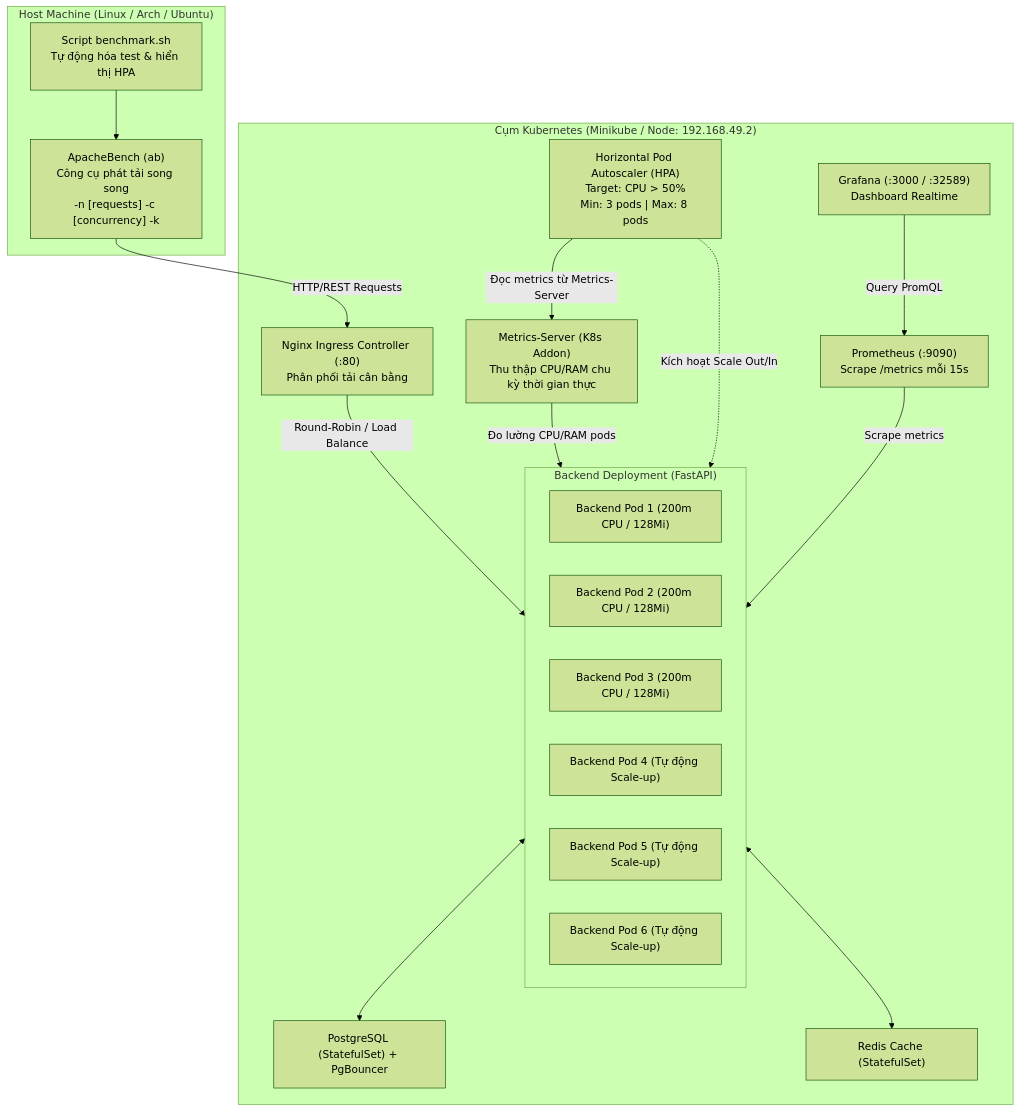
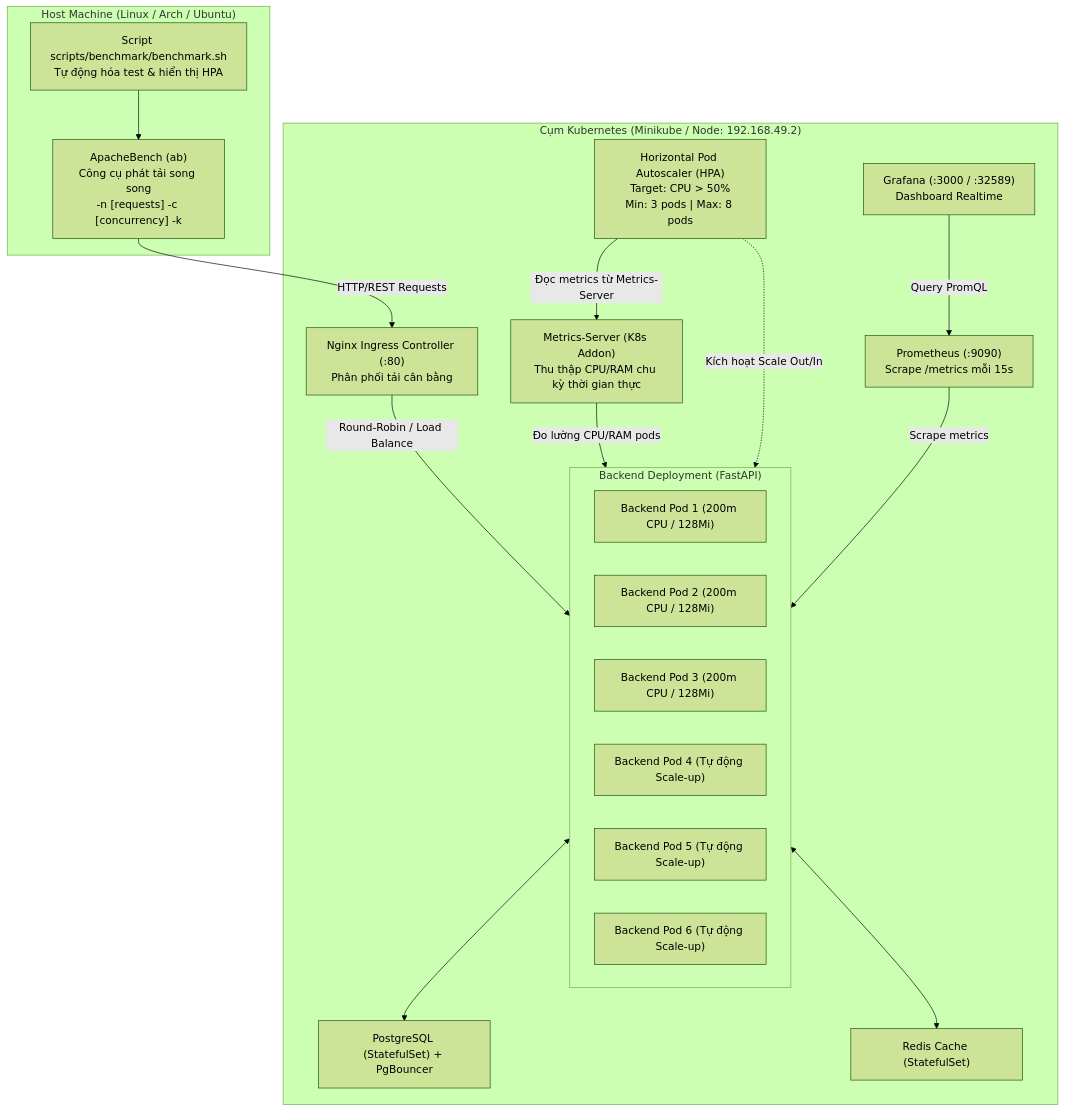
Before and after one commit to Johnyyd/ecommerce: the diagram in BENCHMARK.md, drawn with Mermaid (forest theme). The commit also changed other lines of this file and 22 other files, not shown here.

````diff
--- a/BENCHMARK.md
+++ b/BENCHMARK.md
@@ -9,38 +9,38 @@
 ```mermaid
 flowchart TD
     subgraph Host["Host Machine (Linux / Arch / Ubuntu)"]
         AB["ApacheBench (ab)\nCông cụ phát tải song song\n-n [requests] -c [concurrency] -k"]
-        Script["Script benchmark.sh\nTự động hóa test & hiển thị HPA"]
+        Script["Script scripts/benchmark/benchmark.sh\nTự động hóa test & hiển thị HPA"]
     end
 
     subgraph K8s["Cụm Kubernetes (Minikube / Node: 192.168.49.2)"]
         Ingress["Nginx Ingress Controller (:80)\nPhân phối tải cân bằng"]
         MS["Metrics-Server (K8s Addon)\nThu thập CPU/RAM chu kỳ thời gian thực"]
         HPA["Horizontal Pod Autoscaler (HPA)\nTarget: CPU > 50%\nMin: 3 pods | Max: 8 pods"]
 
         subgraph BackendPool["Backend Deployment (FastAPI)"]
             P1["Backend Pod 1 (200m CPU / 128Mi)"]
             P2["Backend Pod 2 (200m CPU / 128Mi)"]
             P3["Backend Pod 3 (200m CPU / 128Mi)"]
             P4["Backend Pod 4 (Tự động Scale-up)"]
             P5["Backend Pod 5 (Tự động Scale-up)"]
             P6["Backend Pod 6 (Tự động Scale-up)"]
         end
 
         DB["PostgreSQL (StatefulSet) + PgBouncer"]
         Cache["Redis Cache (StatefulSet)"]
         Prom["Prometheus (:9090)\nScrape /metrics mỗi 15s"]
         Graf["Grafana (:3000 / :32589)\nDashboard Realtime"]
     end
 
     Script --> AB
     AB -->|HTTP/REST Requests| Ingress
     Ingress -->|Round-Robin / Load Balance| BackendPool
     BackendPool <--> Cache
     BackendPool <--> DB
     MS -->|Đo lường CPU/RAM pods| BackendPool
     HPA -->|Đọc metrics từ Metrics-Server| MS
     HPA -.->|Kích hoạt Scale Out/In| BackendPool
     Prom -->|Scrape metrics| BackendPool
     Graf -->|Query PromQL| Prom
 ```
````
